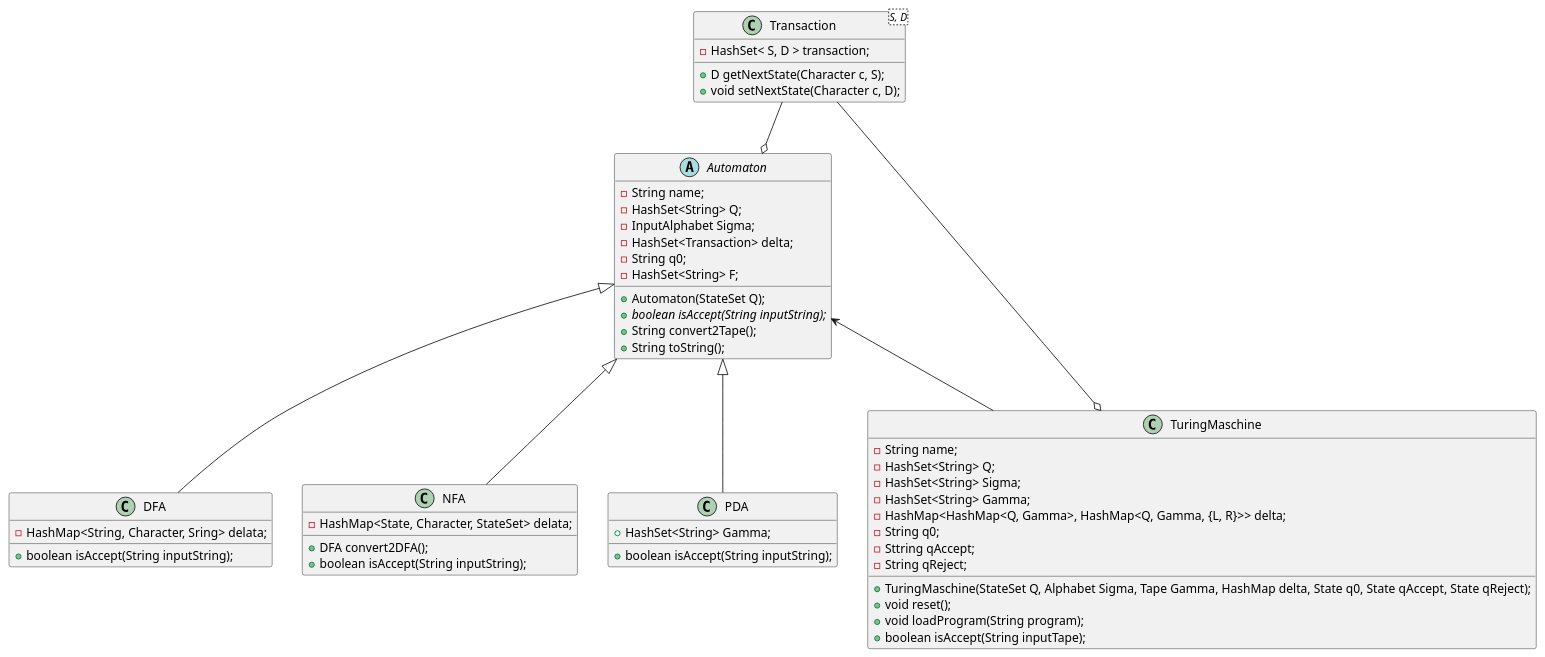
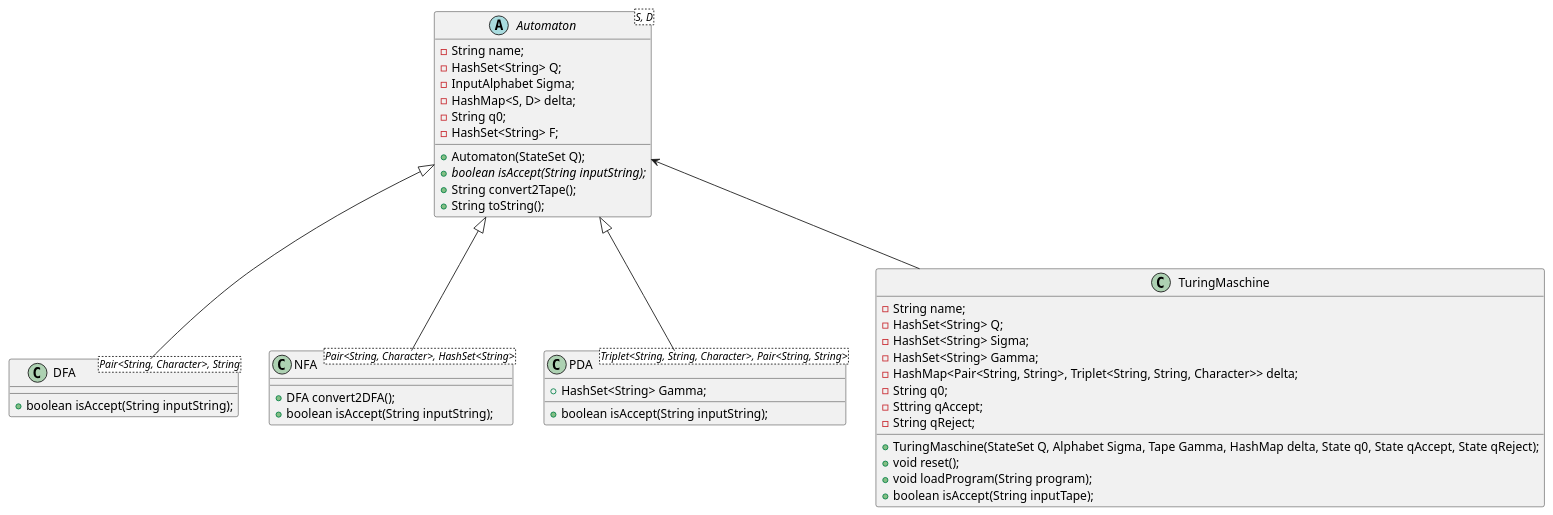
The diagram in Automaton.puml (okn-yu/ComputationalComplexityTheory), drawn with PlantUML before and after one commit. The commit also changed 1 other file, not shown here.

```diff
--- a/Automaton.puml
+++ b/Automaton.puml
@@ -1,67 +1,53 @@
 @startuml
 
-
-abstract Automaton{
+abstract Automaton<S, D>{
 - String name;
 - HashSet<String> Q;
 - InputAlphabet Sigma;
-- HashSet<Transaction> delta;
+- HashMap<S, D> delta;
 - String q0;
 - HashSet<String> F;
 
 + Automaton(StateSet Q);
 + {abstract} boolean isAccept(String inputString);
 + String convert2Tape();
 + String toString();
 
 }
 
-Transaction --o Automaton
-
-class Transaction<S, D> {
-- HashSet< S, D > transaction;
-+ D getNextState(Character c, S);
-+ void setNextState(Character c, D);
-}
-
-
 Automaton <|-- DFA
-class DFA{
-- HashMap<String, Character, Sring> delata;
+class DFA<Pair<String, Character>, String>{
 + boolean isAccept(String inputString);
 }
 
 Automaton <|-- NFA
-class NFA{
-- HashMap<State, Character, StateSet> delata;
+class NFA<Pair<String, Character>, HashSet<String>>{
 + DFA convert2DFA();
 + boolean isAccept(String inputString);
 }
 
 Automaton <|-- PDA
-class PDA{
+class PDA<Triplet<String, String, Character>, Pair<String, String>>{
 + HashSet<String> Gamma;
 + boolean isAccept(String inputString);
 }
 
 Automaton <-- TuringMaschine
 
-Transaction --o TuringMaschine
-
 class TuringMaschine{
 - String name;
 - HashSet<String> Q;
 - HashSet<String> Sigma;
 - HashSet<String> Gamma;
-- HashMap<HashMap<Q, Gamma>, HashMap<Q, Gamma, {L, R}>> delta;
+- HashMap<Pair<String, String>, Triplet<String, String, Character>> delta;
 - String q0;
 - Sttring qAccept;
 - String qReject;
 
 + TuringMaschine(StateSet Q, Alphabet Sigma, Tape Gamma, HashMap delta, State q0, State qAccept, State qReject);
 + void reset();
 + void loadProgram(String program);
 + boolean isAccept(String inputTape);
 }
 
 @enduml
```
